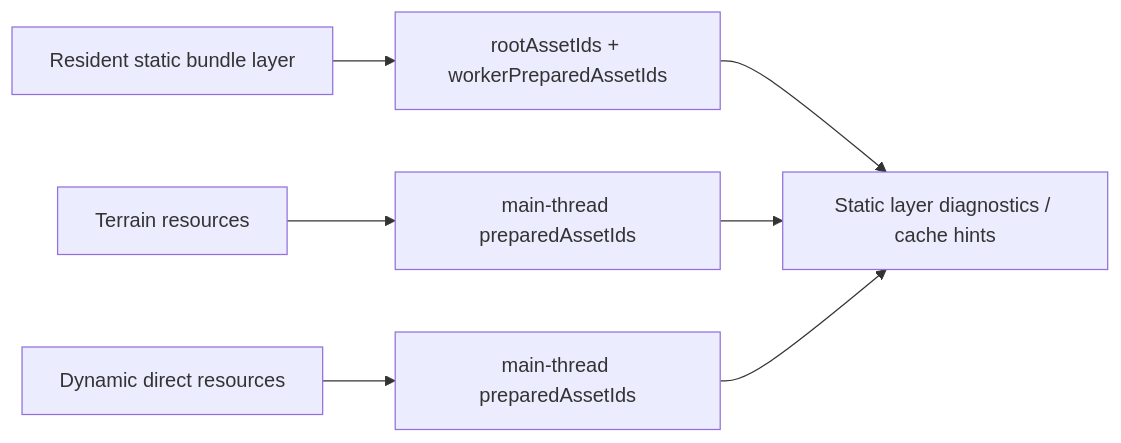
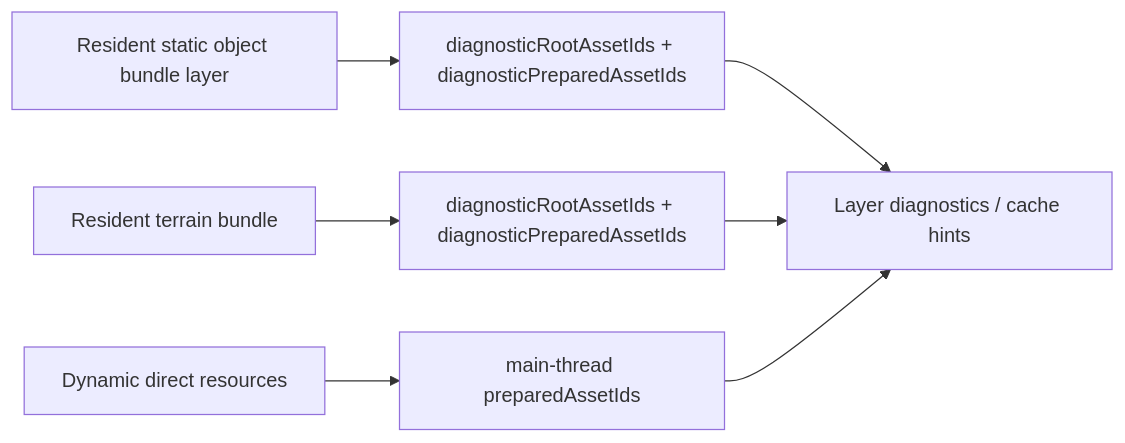
One commit to merklejerk/holtburger changed the ninth of 9 diagrams in docs/plans/holtburger-3d-static-landblock-render-bundle-replacement-plan.md. Above: the diagram before and after it, drawn with Mermaid. The commit also changed other lines of this file and 3 other files, not shown here.

````diff
--- a/docs/plans/holtburger-3d-static-landblock-render-bundle-replacement-plan.md
+++ b/docs/plans/holtburger-3d-static-landblock-render-bundle-replacement-plan.md
@@ -748,9 +823,9 @@
 ```mermaid
 flowchart LR
-    A[Resident static bundle layer] --> B[rootAssetIds + workerPreparedAssetIds]
-    C[Terrain resources] --> D[main-thread preparedAssetIds]
+    A[Resident static object bundle layer] --> B[diagnosticRootAssetIds + diagnosticPreparedAssetIds]
+    C[Resident terrain bundle] --> D[diagnosticRootAssetIds + diagnosticPreparedAssetIds]
     E[Dynamic direct resources] --> F[main-thread preparedAssetIds]
-    B --> G[Static layer diagnostics / cache hints]
+    B --> G[Layer diagnostics / cache hints]
     D --> G
     F --> G
 ```
````
